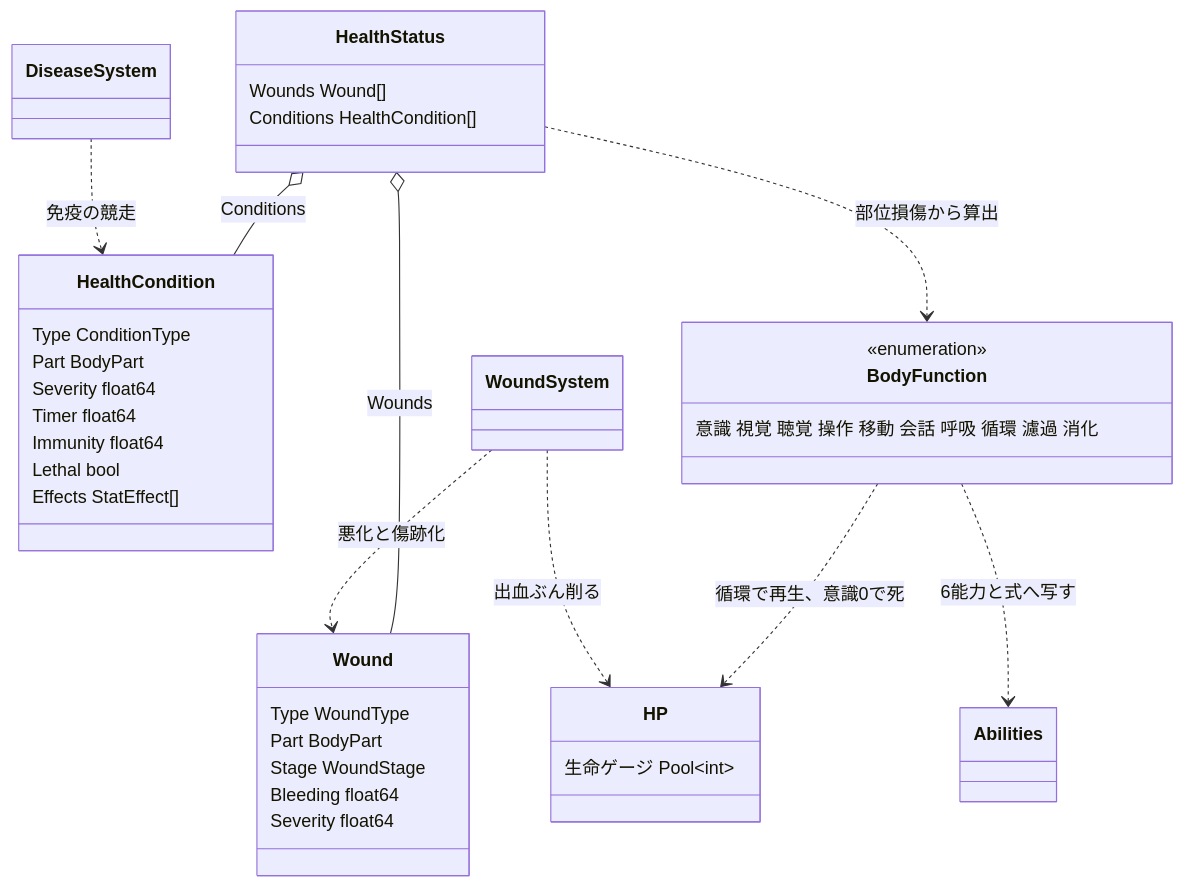
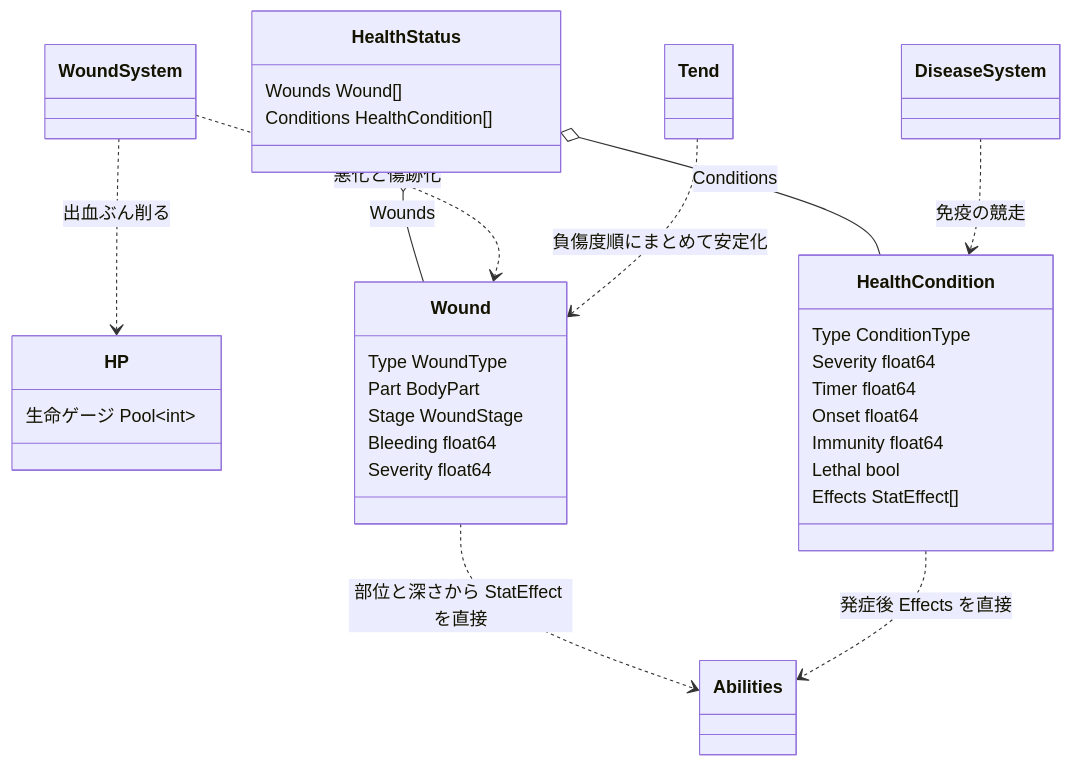
The first of 2 diagrams in docs/design/260821232324.md (kijimad/ruins), drawn with Mermaid before and after one commit. The commit also changed other lines of this file and 1 other file, not shown here.

````diff
--- a/docs/design/260821232324.md
+++ b/docs/design/260821232324.md
@@ -61,41 +57,38 @@
 ```mermaid
 classDiagram
     class HP {
         生命ゲージ Pool~int~
     }
     class HealthStatus {
         Wounds Wound[]
         Conditions HealthCondition[]
     }
     class Wound {
         Type WoundType
         Part BodyPart
         Stage WoundStage
         Bleeding float64
         Severity float64
     }
     class HealthCondition {
         Type ConditionType
-        Part BodyPart
         Severity float64
         Timer float64
+        Onset float64
         Immunity float64
         Lethal bool
         Effects StatEffect[]
     }
-    class BodyFunction {
-        <<enumeration>>
-        意識 視覚 聴覚 操作 移動 会話 呼吸 循環 濾過 消化
-    }
     class Abilities
     class WoundSystem
     class DiseaseSystem
+    class Tend
     HealthStatus o-- Wound : Wounds
     HealthStatus o-- HealthCondition : Conditions
-    HealthStatus ..> BodyFunction : 部位損傷から算出
-    BodyFunction ..> Abilities : 6能力と式へ写す
-    BodyFunction ..> HP : 循環で再生、意識0で死
+    Wound ..> Abilities : 部位と深さから StatEffect を直接
+    HealthCondition ..> Abilities : 発症後 Effects を直接
     WoundSystem ..> Wound : 悪化と傷跡化
     WoundSystem ..> HP : 出血ぶん削る
     DiseaseSystem ..> HealthCondition : 免疫の競走
+    Tend ..> Wound : 負傷度順にまとめて安定化
 ```
````
